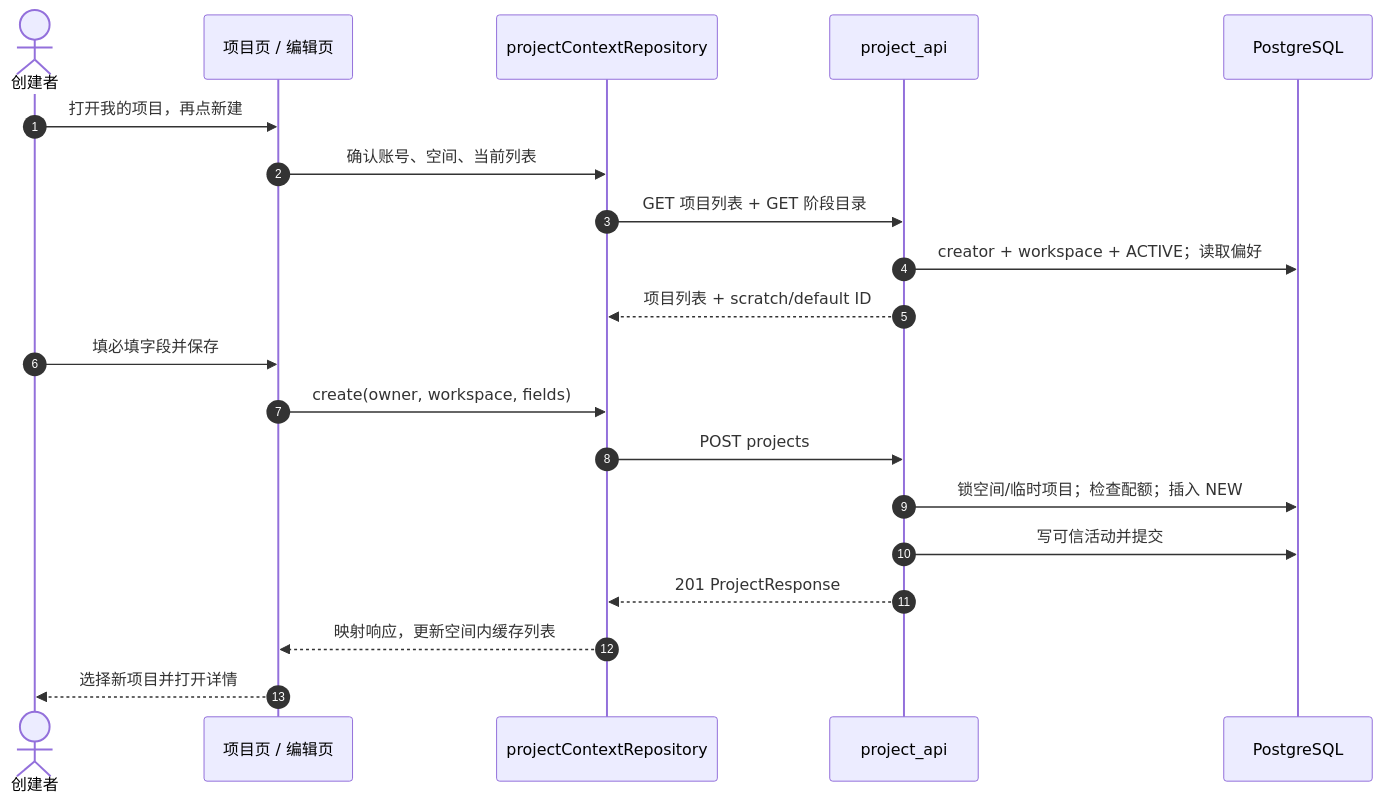
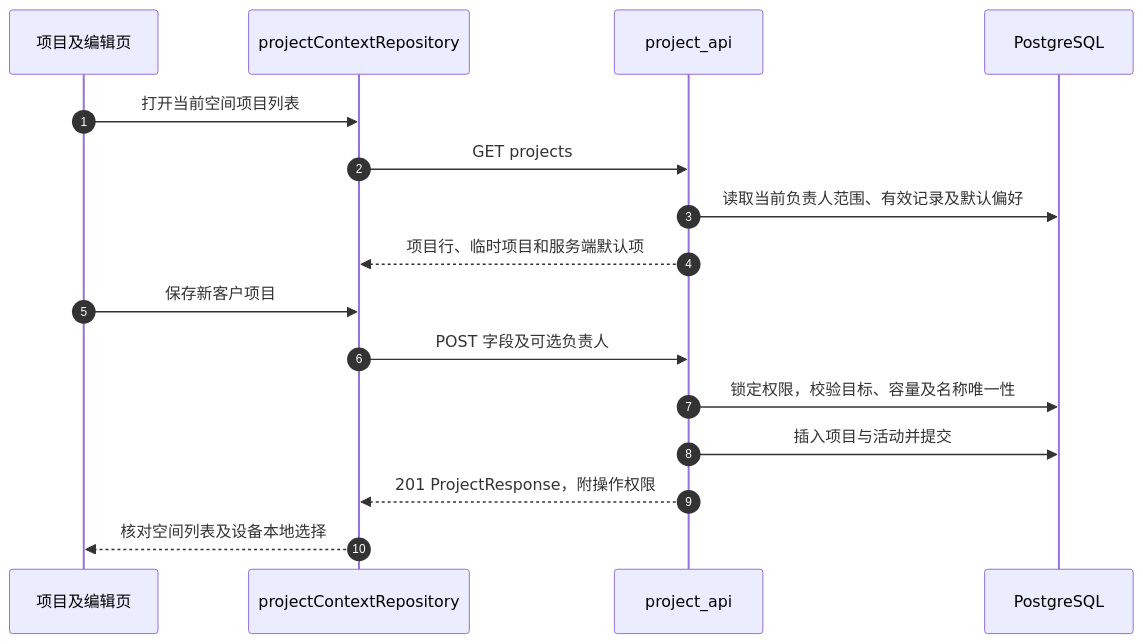
Before and after one commit to Orientation-CD/docs: the diagram in zh/reference/flows/project-flow.md, drawn with Mermaid. The commit also changed other lines of this file and 203 other files, not shown here.

````diff
--- a/zh/reference/flows/project-flow.md
+++ b/zh/reference/flows/project-flow.md
@@ -7,22 +7,18 @@
 ```mermaid
 sequenceDiagram
-    autonumber
-    actor Person as 创建者
-    participant Page as 项目页 / 编辑页
-    participant Repo as projectContextRepository
-    participant API as project_api
-    participant DB as PostgreSQL
-    Person->>Page: 打开我的项目，再点新建
-    Page->>Repo: 确认账号、空间、当前列表
-    Repo->>API: GET 项目列表 + GET 阶段目录
-    API->>DB: creator + workspace + ACTIVE；读取偏好
-    API-->>Repo: 项目列表 + scratch/default ID
-    Person->>Page: 填必填字段并保存
-    Page->>Repo: create(owner, workspace, fields)
-    Repo->>API: POST projects
-    API->>DB: 锁空间/临时项目；检查配额；插入 NEW
-    API->>DB: 写可信活动并提交
-    API-->>Repo: 201 ProjectResponse
-    Repo-->>Page: 映射响应，更新空间内缓存列表
-    Page-->>Person: 选择新项目并打开详情
+  autonumber
+  participant P as 项目及编辑页
+  participant C as projectContextRepository
+  participant API as project_api
+  participant DB as PostgreSQL
+  P->>C: 打开当前空间项目列表
+  C->>API: GET projects
+  API->>DB: 读取当前负责人范围、有效记录及默认偏好
+  API-->>C: 项目行、临时项目和服务端默认项
+  P->>C: 保存新客户项目
+  C->>API: POST 字段及可选负责人
+  API->>DB: 锁定权限，校验目标、容量及名称唯一性
+  API->>DB: 插入项目与活动并提交
+  API-->>C: 201 ProjectResponse，附操作权限
+  C-->>P: 核对空间列表及设备本地选择
 ```
````
